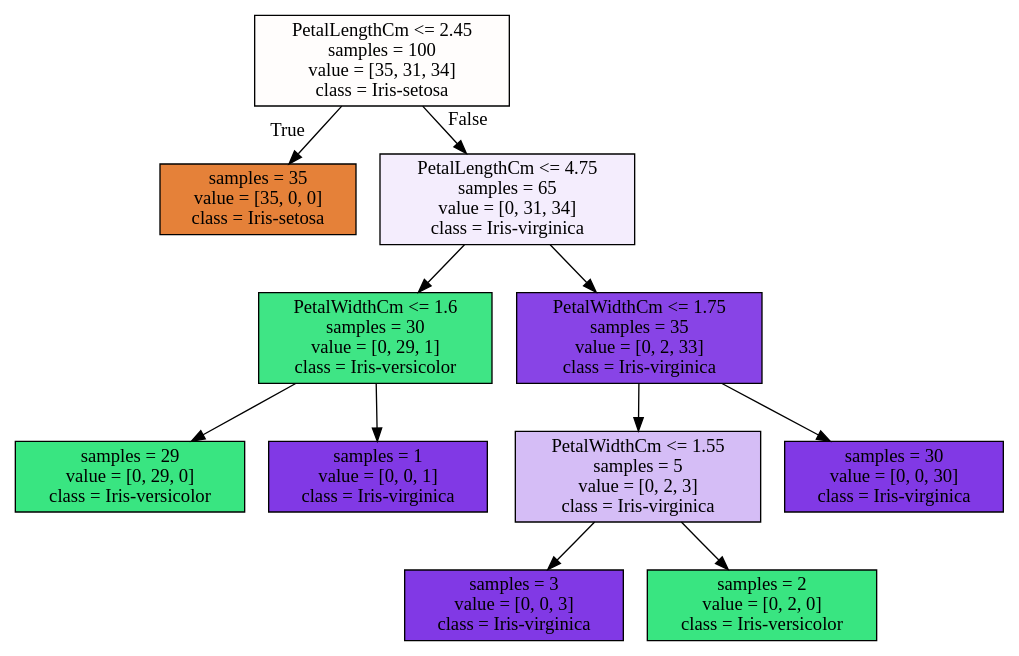
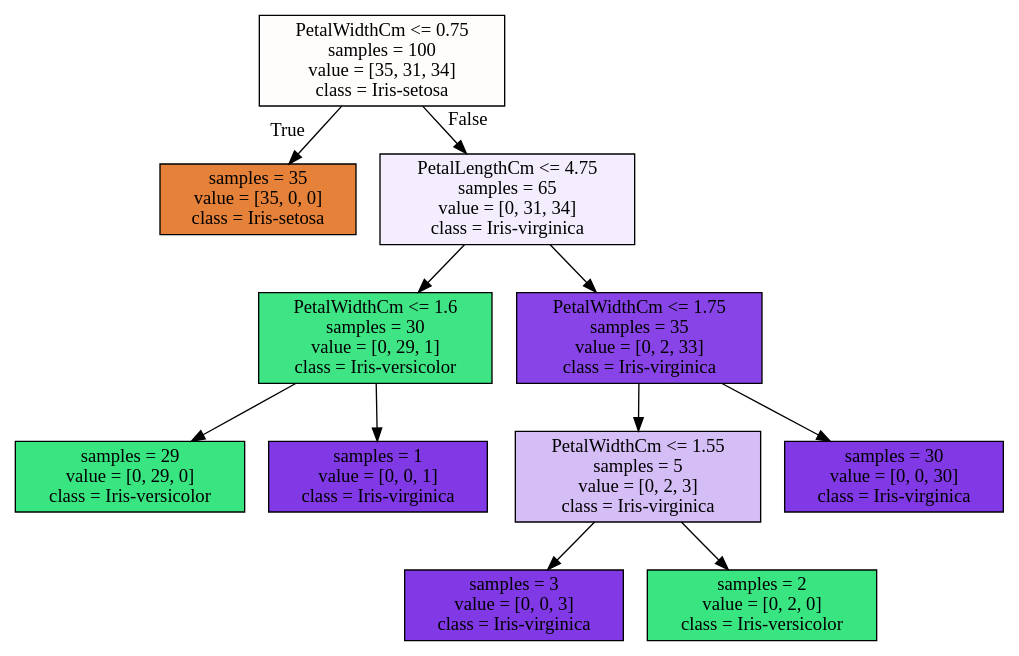
Before and after one commit to davidkorea/Iris_decision_tree: the diagram in decision_tree_tmp.dot, drawn with Graphviz. The commit also changed 3 other files, not shown here.

```diff
--- a/decision_tree_tmp.dot
+++ b/decision_tree_tmp.dot
@@ -1,24 +1,24 @@
 digraph Tree {
 node [shape=box, style="filled", color="black"] ;
-0 [label="PetalLengthCm <= 2.45\nsamples = 100\nvalue = [35, 31, 34]\nclass = Iris-setosa", fillcolor="#e5813904"] ;
+0 [label="PetalWidthCm <= 0.75\nsamples = 100\nvalue = [35, 31, 34]\nclass = Iris-setosa", fillcolor="#e5813904"] ;
 1 [label="samples = 35\nvalue = [35, 0, 0]\nclass = Iris-setosa", fillcolor="#e58139ff"] ;
 0 -> 1 [labeldistance=2.5, labelangle=45, headlabel="True"] ;
 2 [label="PetalLengthCm <= 4.75\nsamples = 65\nvalue = [0, 31, 34]\nclass = Iris-virginica", fillcolor="#8139e517"] ;
 0 -> 2 [labeldistance=2.5, labelangle=-45, headlabel="False"] ;
 3 [label="PetalWidthCm <= 1.6\nsamples = 30\nvalue = [0, 29, 1]\nclass = Iris-versicolor", fillcolor="#39e581f6"] ;
 2 -> 3 ;
 4 [label="samples = 29\nvalue = [0, 29, 0]\nclass = Iris-versicolor", fillcolor="#39e581ff"] ;
 3 -> 4 ;
 5 [label="samples = 1\nvalue = [0, 0, 1]\nclass = Iris-virginica", fillcolor="#8139e5ff"] ;
 3 -> 5 ;
 6 [label="PetalWidthCm <= 1.75\nsamples = 35\nvalue = [0, 2, 33]\nclass = Iris-virginica", fillcolor="#8139e5f0"] ;
 2 -> 6 ;
 7 [label="PetalWidthCm <= 1.55\nsamples = 5\nvalue = [0, 2, 3]\nclass = Iris-virginica", fillcolor="#8139e555"] ;
 6 -> 7 ;
 8 [label="samples = 3\nvalue = [0, 0, 3]\nclass = Iris-virginica", fillcolor="#8139e5ff"] ;
 7 -> 8 ;
 9 [label="samples = 2\nvalue = [0, 2, 0]\nclass = Iris-versicolor", fillcolor="#39e581ff"] ;
 7 -> 9 ;
 10 [label="samples = 30\nvalue = [0, 0, 30]\nclass = Iris-virginica", fillcolor="#8139e5ff"] ;
 6 -> 10 ;
 }
```
